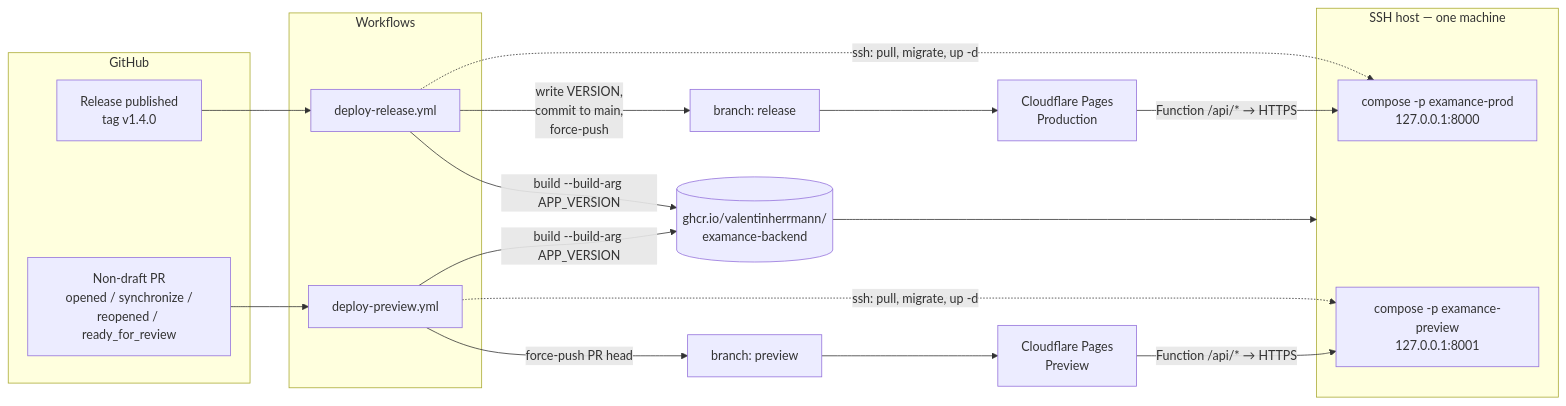
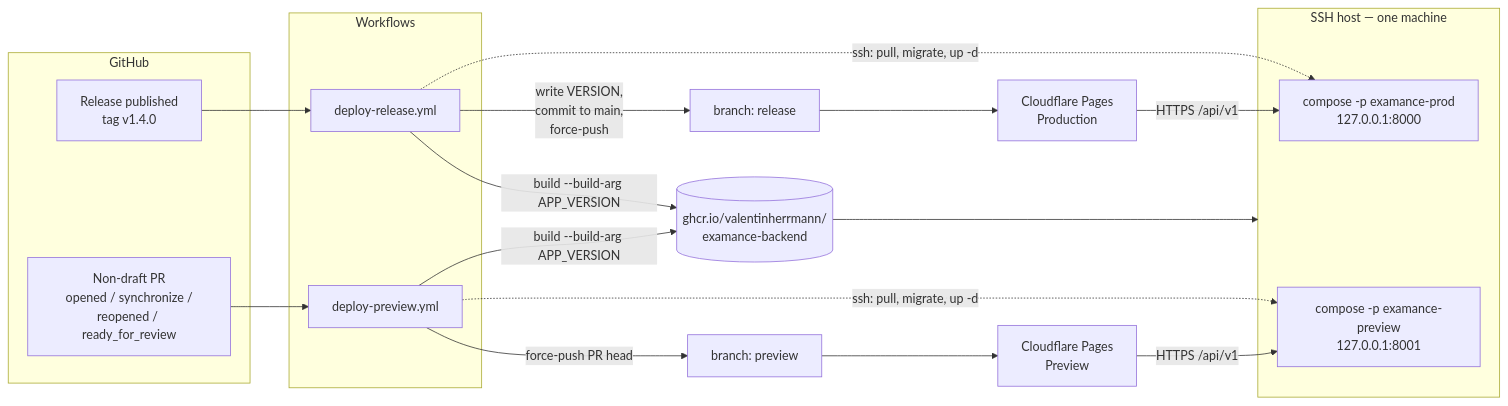
Before and after one commit to ValentinHerrmann/Examance: the first of 4 diagrams in docs/deployment.md, drawn with Mermaid. The commit also changed other lines of this file and 42 other files, not shown here.

First line of the commit message:
API at api.<frontend host> or PUBLIC_API_URL instead of a Pages Function (#198)

````diff
--- a/docs/deployment.md
+++ b/docs/deployment.md
@@ -40,37 +40,37 @@
 ```mermaid
 flowchart LR
   subgraph GH["GitHub"]
     REL["Release published<br/>tag v1.4.0"]
     PR["Non-draft PR<br/>opened / synchronize /<br/>reopened / ready_for_review"]
   end
 
   subgraph WF["Workflows"]
     WREL["deploy-release.yml"]
     WPRE["deploy-preview.yml"]
   end
 
   REL --> WREL
   PR --> WPRE
 
   WREL -->|"write VERSION,<br/>commit to main,<br/>force-push"| BREL["branch: release"]
   WPRE -->|"force-push PR head"| BPRE["branch: preview"]
 
   BREL --> CFP["Cloudflare Pages<br/>Production"]
   BPRE --> CFV["Cloudflare Pages<br/>Preview"]
 
   WREL -->|"build --build-arg APP_VERSION"| GHCR[("ghcr.io/valentinherrmann/<br/>examance-backend")]
   WPRE -->|"build --build-arg APP_VERSION"| GHCR
 
   GHCR --> SRV
 
   subgraph SRV["SSH host — one machine"]
     SP["compose -p examance-prod<br/>127.0.0.1:8000"]
     SV["compose -p examance-preview<br/>127.0.0.1:8001"]
   end
 
   WREL -.->|"ssh: pull, migrate, up -d"| SP
   WPRE -.->|"ssh: pull, migrate, up -d"| SV
 
-  CFP -->|"Function /api/* → HTTPS"| SP
-  CFV -->|"Function /api/* → HTTPS"| SV
+  CFP -->|"HTTPS /api/v1"| SP
+  CFV -->|"HTTPS /api/v1"| SV
 ```
````
